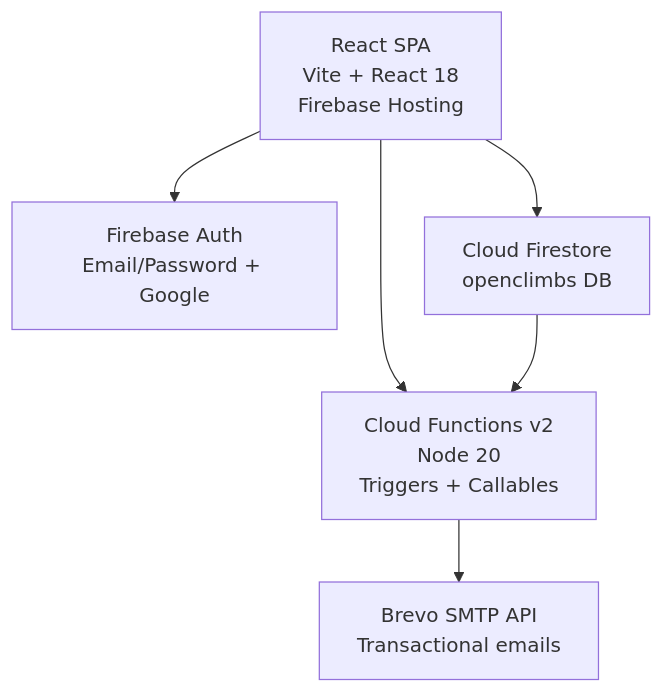
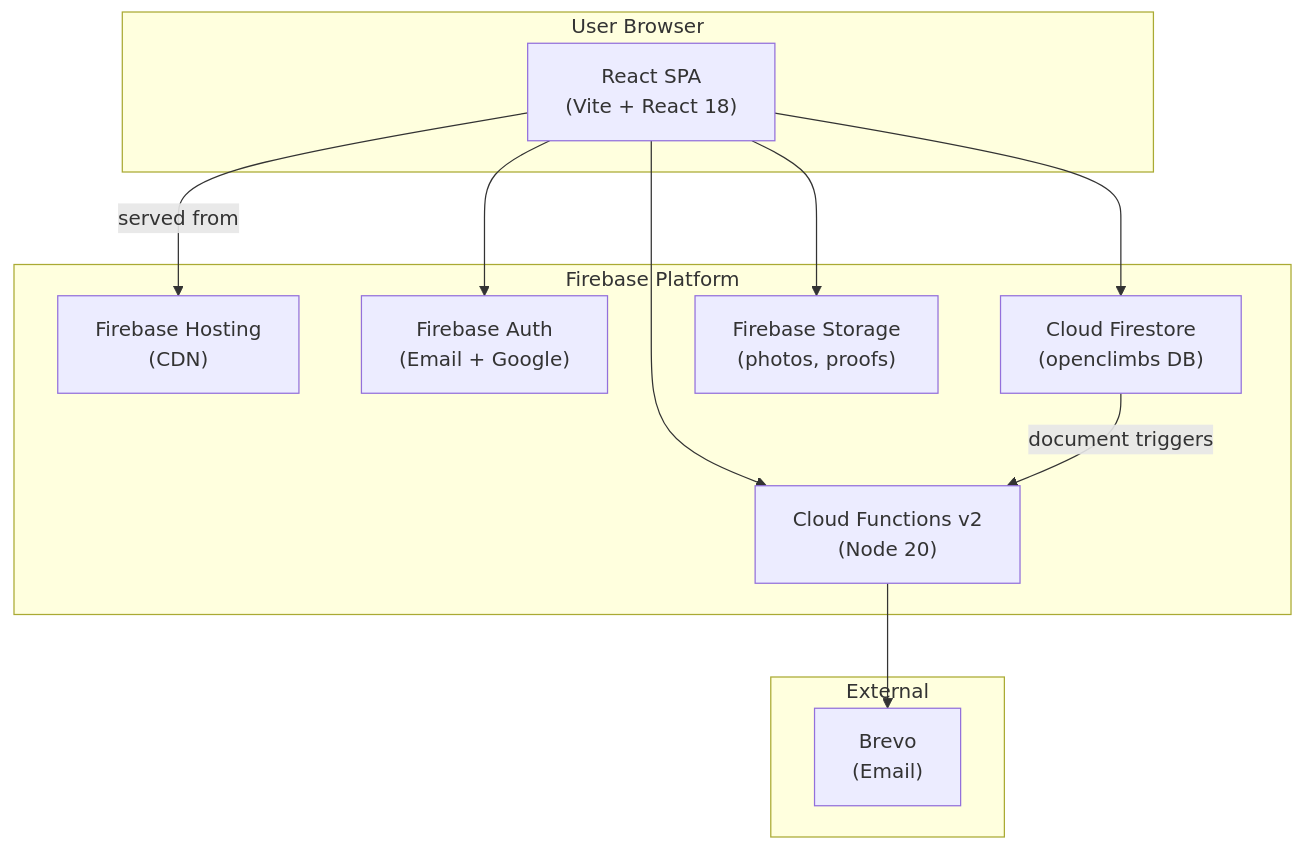
Before and after one commit to Oweeboi011/mms-open-climbs: the first of 2 diagrams in README.md, drawn with Mermaid. The commit also changed other lines of this file and 16 other files, not shown here.

````diff
--- a/README.md
+++ b/README.md
@@ -25,14 +9,26 @@
 ```mermaid
-graph TD
-    SPA["React SPA\nVite + React 18\nFirebase Hosting"]
-    Auth["Firebase Auth\nEmail/Password + Google"]
-    Firestore["Cloud Firestore\nopenclimbs DB"]
-    CF["Cloud Functions v2\nNode 20\nTriggers + Callables"]
-    Brevo["Brevo SMTP API\nTransactional emails"]
+graph TB
+    subgraph Browser["User Browser"]
+        SPA["React SPA\n(Vite + React 18)"]
+    end
 
-    SPA --> Auth
-    SPA --> Firestore
+    subgraph Firebase["Firebase Platform"]
+        FH["Firebase Hosting\n(CDN)"]
+        FA["Firebase Auth\n(Email + Google)"]
+        FS["Cloud Firestore\n(openclimbs DB)"]
+        ST["Firebase Storage\n(photos, proofs)"]
+        CF["Cloud Functions v2\n(Node 20)"]
+    end
+
+    subgraph External["External"]
+        BV["Brevo\n(Email)"]
+    end
+
+    SPA -->|served from| FH
+    SPA --> FA
+    SPA --> FS
+    SPA --> ST
     SPA --> CF
-    Firestore --> CF
-    CF --> Brevo
+    FS -->|document triggers| CF
+    CF --> BV
 ```
````
